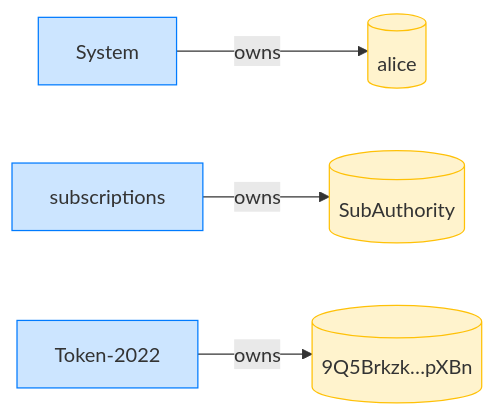
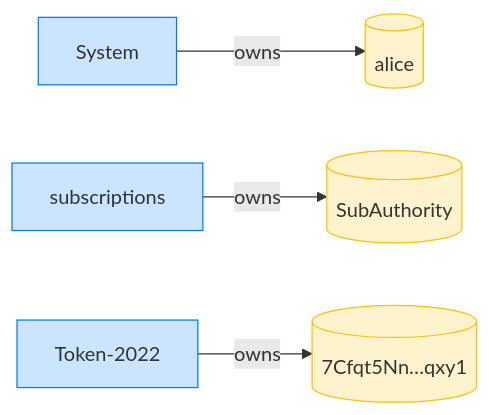
Before and after one commit to cds-rs/subscriptions: the fourth of 4 diagrams in dsl_tests/initialize-over-a-token-2022-mint---transferfeeconfig--.md, drawn with Mermaid. The commit also changed other lines of this file and 224 other files, not shown here.

````diff
--- a/dsl_tests/initialize-over-a-token-2022-mint---transferfeeconfig--.md
+++ b/dsl_tests/initialize-over-a-token-2022-mint---transferfeeconfig--.md
@@ -73,14 +78,14 @@
 ```mermaid
 flowchart LR
     classDef owner fill:#cce5ff,stroke:#007bff;
     classDef account fill:#fff3cd,stroke:#ffc107;
     System[System]:::owner
     alice[(alice)]:::account
     subscriptions[subscriptions]:::owner
     SubAuthority[(SubAuthority)]:::account
     Token_2022["Token-2022"]:::owner
-    9Q5Brkzk_pXBn[("9Q5Brkzk…pXBn")]:::account
+    7Cfqt5Nn_qxy1[("7Cfqt5Nn…qxy1")]:::account
     System -->|owns| alice
     subscriptions -->|owns| SubAuthority
-    Token_2022 -->|owns| 9Q5Brkzk_pXBn
+    Token_2022 -->|owns| 7Cfqt5Nn_qxy1
 ```
````
